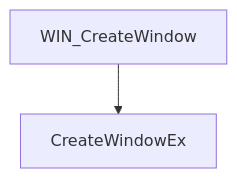
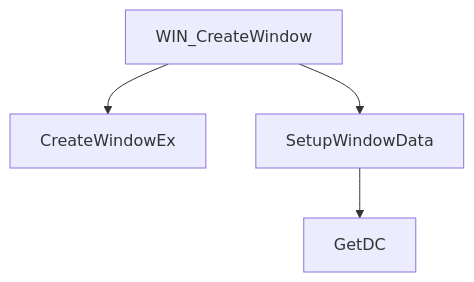
One commit to WSQS/blog changed the third of 6 diagrams in _posts/2026-05-07-reading_sdl.md. Above: the diagram before and after it, drawn with Mermaid. The commit also changed other lines of this file, not shown here.

````diff
--- a/_posts/2026-05-07-reading_sdl.md
+++ b/_posts/2026-05-07-reading_sdl.md
@@ -79,4 +82,6 @@
 ```mermaid
 graph TD
     WIN_CreateWindow --> CreateWindowEx
+    WIN_CreateWindow --> SetupWindowData
+    SetupWindowData --> GetDC
 ```
````
